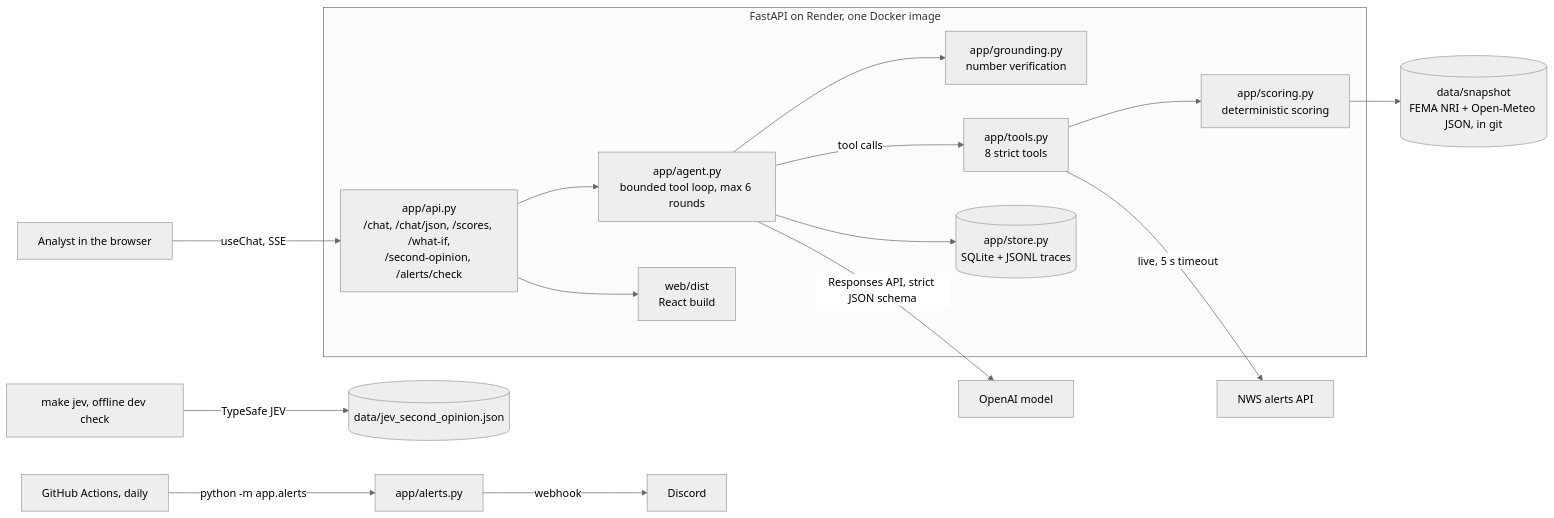
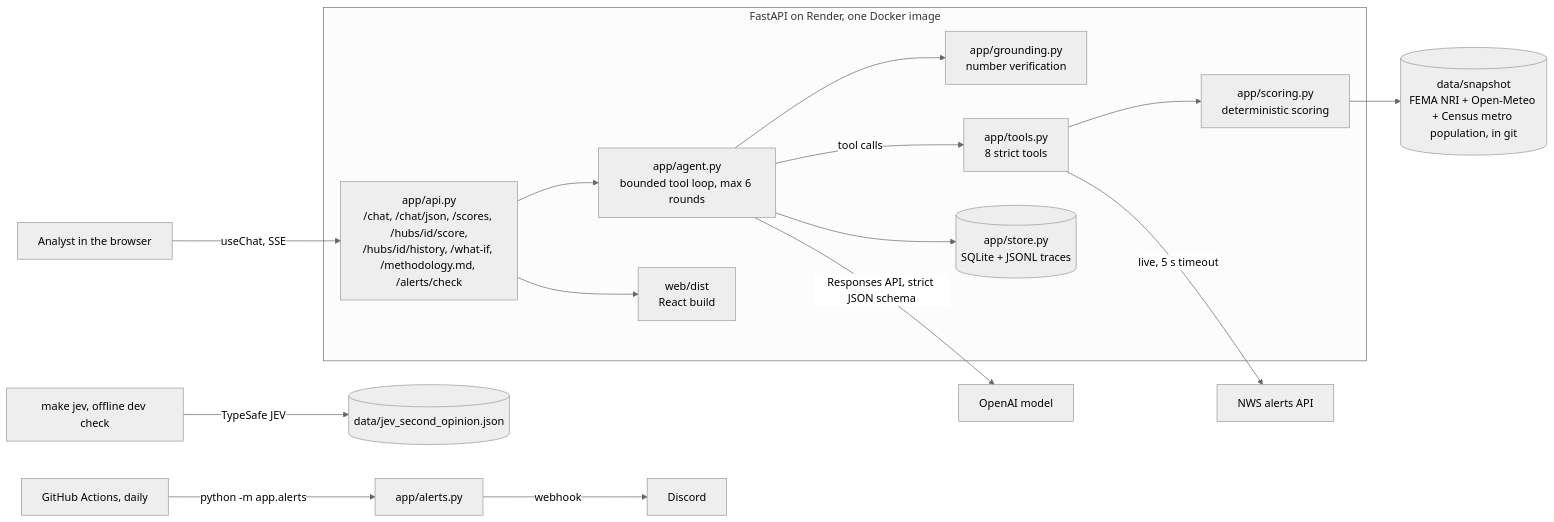
The diagram in docs/ARCHITECTURE.md (yarkoody/WeatherAgent), drawn with Mermaid (neutral theme) before and after one commit. The commit also changed other lines of this file and 4 other files, not shown here.

First line of the commit message:
docs: user guide with prompts; README, architecture, submission and reviews for the final build

````diff
--- a/docs/ARCHITECTURE.md
+++ b/docs/ARCHITECTURE.md
@@ -7,24 +7,24 @@
 ```mermaid
 flowchart LR
   U[Analyst in the browser] -->|useChat, SSE| API
   subgraph Server [FastAPI on Render, one Docker image]
-    API[app/api.py<br/>/chat, /chat/json, /scores, /what-if,<br/>/second-opinion, /alerts/check]
+    API[app/api.py<br/>/chat, /chat/json, /scores, /hubs/id/score,<br/>/hubs/id/history, /what-if, /methodology.md, /alerts/check]
     AG[app/agent.py<br/>bounded tool loop, max 6 rounds]
     GR[app/grounding.py<br/>number verification]
     TL[app/tools.py<br/>8 strict tools]
     SC[app/scoring.py<br/>deterministic scoring]
     ST[(app/store.py<br/>SQLite + JSONL traces)]
     UI[web/dist<br/>React build]
   end
   API --> AG
   AG -->|tool calls| TL
   TL --> SC
-  SC --> SNAP[(data/snapshot<br/>FEMA NRI + Open-Meteo JSON, in git)]
+  SC --> SNAP[(data/snapshot<br/>FEMA NRI + Open-Meteo + Census metro population, in git)]
   TL -->|live, 5 s timeout| NWS[NWS alerts API]
   AG -->|Responses API, strict JSON schema| LLM[OpenAI model]
   AG --> GR
   AG --> ST
   API --> UI
   GHA[GitHub Actions, daily] -->|python -m app.alerts| ALR[app/alerts.py] -->|webhook| DIS[Discord]
   JEV[make jev, offline dev check] -->|TypeSafe JEV| OPN[(data/jev_second_opinion.json)]
 ```
````
